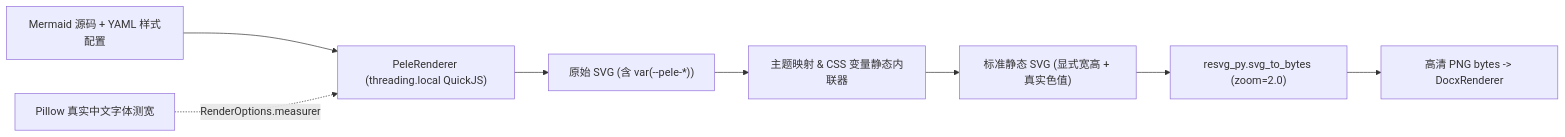
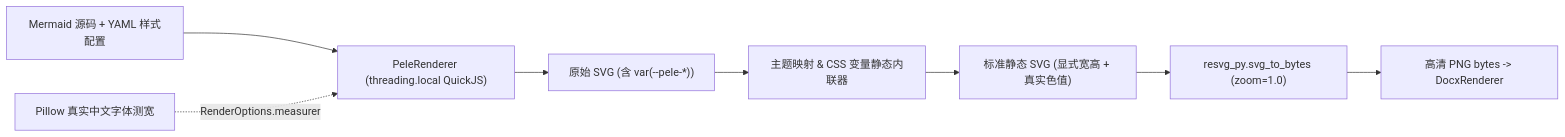
Before and after one commit to Mykeyb2004/md2docx: the diagram in docs/pele-mermaid-migration-plan.md, drawn with Mermaid. The commit also changed other lines of this file and 16 other files, not shown here.

First line of the commit message:
feat(mermaid): 内置 Obsidian Pele 极速渲染引擎替换 mmdc

````diff
--- a/docs/pele-mermaid-migration-plan.md
+++ b/docs/pele-mermaid-migration-plan.md
@@ -46,10 +46,10 @@
 ```mermaid
 flowchart LR
     A["Mermaid 源码 + YAML 样式配置"] --> B["PeleRenderer (threading.local QuickJS)"]
     C["Pillow 真实中文字体测宽"] -. "RenderOptions.measurer" .-> B
     B --> D["原始 SVG (含 var(--pele-*))"]
     D --> E["主题映射 & CSS 变量静态内联器"]
     E --> F["标准静态 SVG (显式宽高 + 真实色值)"]
-    F --> G["resvg_py.svg_to_bytes (zoom=2.0)"]
+    F --> G["resvg_py.svg_to_bytes (zoom=1.0)"]
     G --> H["高清 PNG bytes -> DocxRenderer"]
 ```
````
